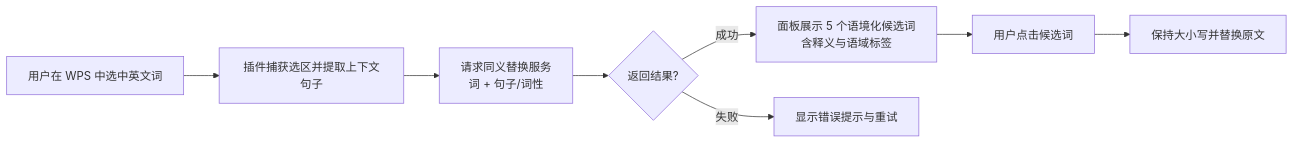
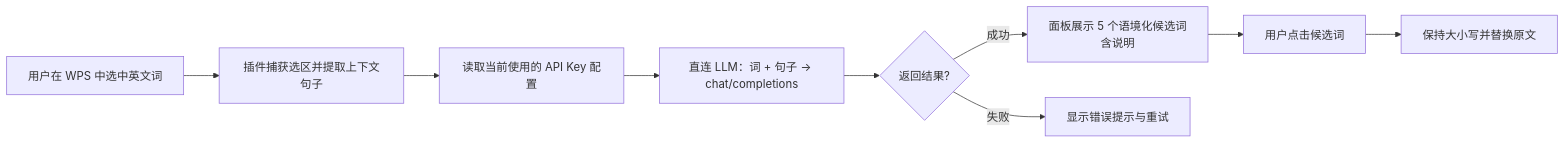
One commit to Azzerare/WPS-Paraphrasing changed the diagram in REQUIREMENTS.md. Above: the diagram before and after it, drawn with Mermaid. The commit also changed other lines of this file, not shown here.

````diff
--- a/REQUIREMENTS.md
+++ b/REQUIREMENTS.md
@@ -66,10 +74,11 @@
 ```mermaid
 flowchart LR
     A[用户在 WPS 中选中英文词] --> B[插件捕获选区并提取上下文句子]
-    B --> C[请求同义替换服务<br/>词 + 句子/词性]
-    C --> D{返回结果?}
-    D -- 成功 --> E[面板展示 5 个语境化候选词<br/>含释义与语域标签]
-    D -- 失败 --> F[显示错误提示与重试]
-    E --> G[用户点击候选词]
-    G --> H[保持大小写并替换原文]
+    B --> C[读取当前使用的 API Key 配置]
+    C --> D[直连 LLM：词 + 句子 → chat/completions]
+    D --> E{返回结果?}
+    E -- 成功 --> F[面板展示 5 个语境化候选词<br/>含说明]
+    E -- 失败 --> G[显示错误提示与重试]
+    F --> H[用户点击候选词]
+    H --> I[保持大小写并替换原文]
 ```
````
